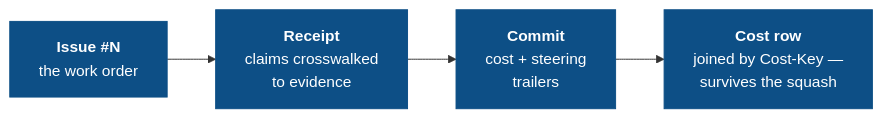
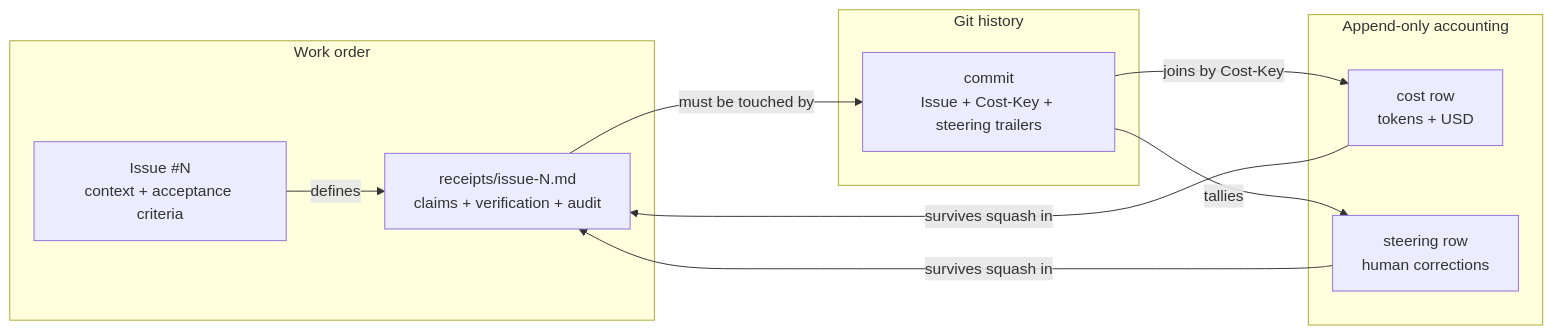
Before and after one commit to Duaility/governance-kit: the fourth of 6 diagrams in README.md, drawn with Mermaid. The commit also changed other lines of this file and 1 other file, not shown here.

````diff
--- a/README.md
+++ b/README.md
@@ -242,12 +312,23 @@
 ```mermaid
 flowchart LR
-    I["<b>Issue #N</b><br/>the work order"]
-    R["<b>Receipt</b><br/>claims crosswalked<br/>to evidence"]
-    C["<b>Commit</b><br/>cost + steering<br/>trailers"]
-    CO["<b>Cost row</b><br/>joined by Cost-Key —<br/>survives the squash"]
+    subgraph Work["Work order"]
+        I["Issue #N<br/>context + acceptance criteria"]
+        R["receipts/issue-N.md<br/>claims + verification + audit"]
+    end
 
-    I --> R --> C --> CO
+    subgraph History["Git history"]
+        C["commit<br/>Issue + Cost-Key + steering trailers"]
+    end
 
-    classDef chain fill:#0d4f86,stroke:#0d4f86,color:#ffffff
-    class I,R,C,CO chain
+    subgraph Accounting["Append-only accounting"]
+        CO["cost row<br/>tokens + USD"]
+        ST["steering row<br/>human corrections"]
+    end
+
+    I -- "defines" --> R
+    R -- "must be touched by" --> C
+    C -- "joins by Cost-Key" --> CO
+    C -- "tallies" --> ST
+    CO -- "survives squash in" --> R
+    ST -- "survives squash in" --> R
 ```
````
